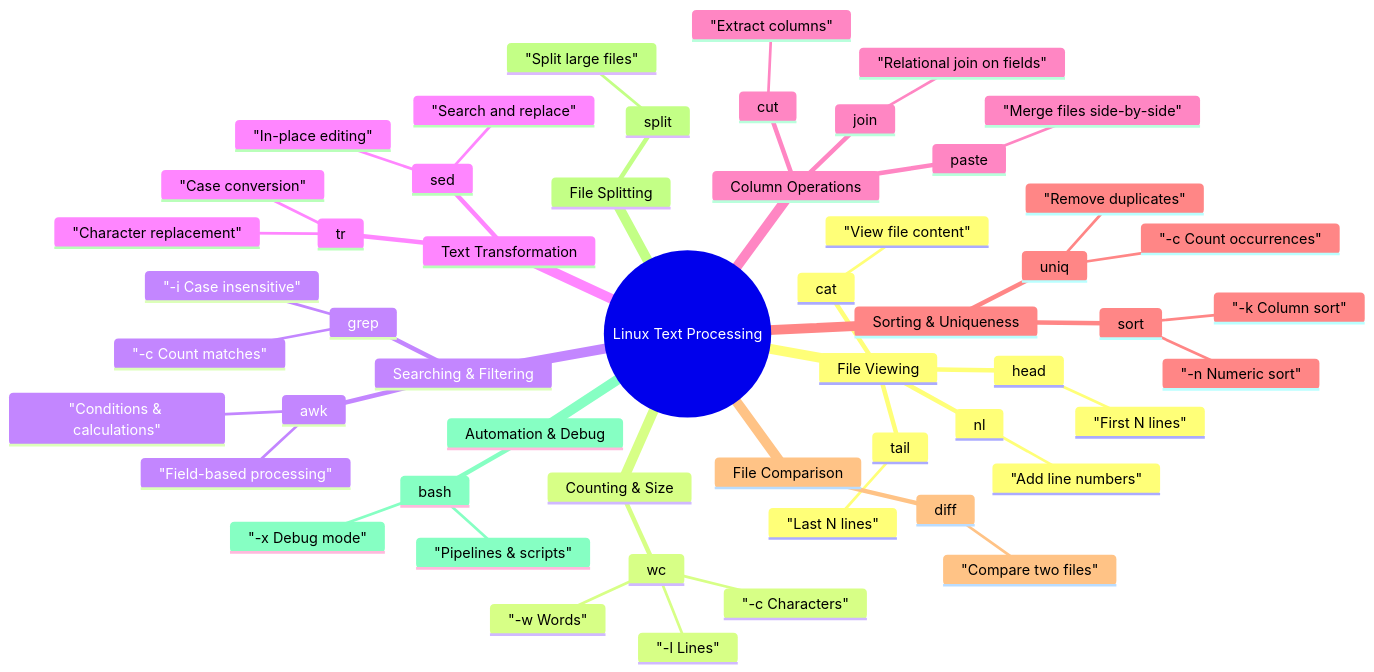
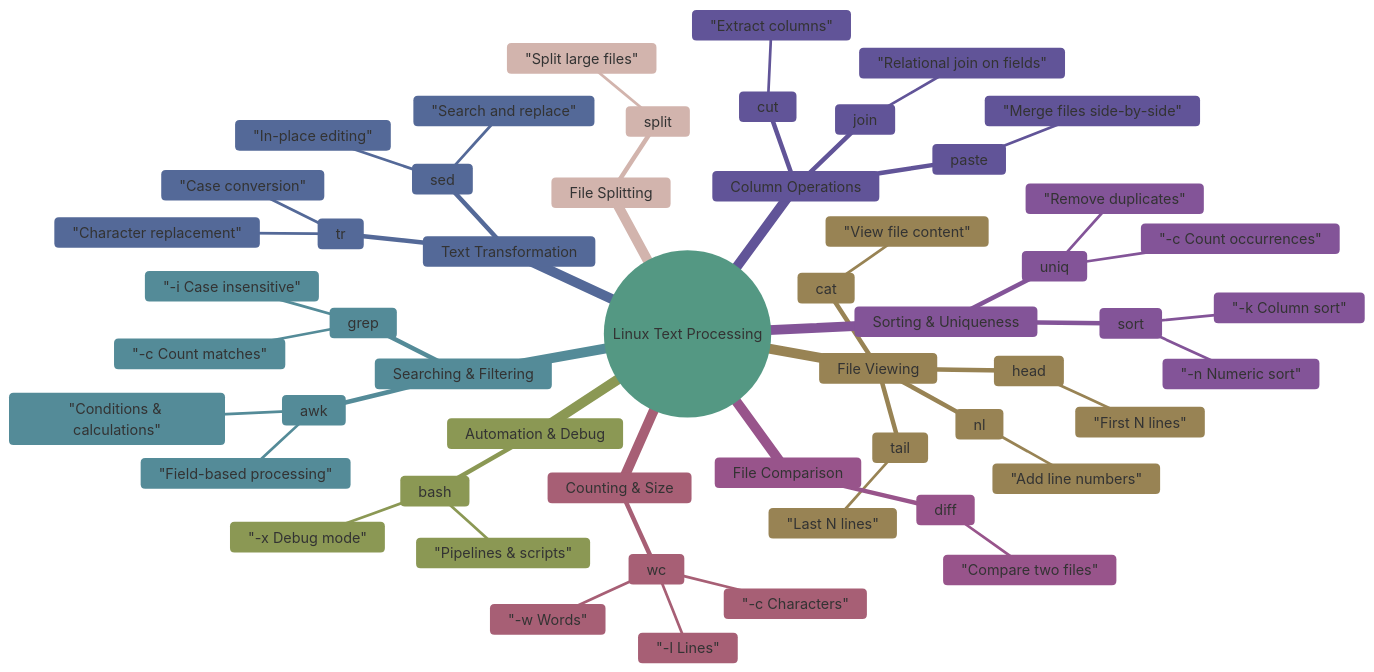
The diagram in 06-shell-scripting-basics/06.01-text_processing.md (arira-ai/ar_linux), drawn with Mermaid before and after one commit.

````diff
--- a/06-shell-scripting-basics/06.01-text_processing.md
+++ b/06-shell-scripting-basics/06.01-text_processing.md
@@ -7,64 +7,65 @@
 ```mermaid
+%%{init: {'theme': 'base', 'themeVariables': { 'primaryColor': '#a1cbbeff', 'primaryTextColor': '#333', 'primaryBorderColor': '#333', 'lineColor': '#aba0a0ff' }}}%%
 mindmap
   root((Linux Text Processing))
     File Viewing
       cat
         "View file content"
       nl
         "Add line numbers"
       head
         "First N lines"
       tail
         "Last N lines"
 
     Counting & Size
       wc
         "-l Lines"
         "-w Words"
         "-c Characters"
 
     Searching & Filtering
       grep
         "-i Case insensitive"
         "-c Count matches"
       awk
         "Field-based processing"
         "Conditions & calculations"
 
     Text Transformation
       sed
         "Search and replace"
         "In-place editing"
       tr
         "Case conversion"
         "Character replacement"
 
     Column Operations
       cut
         "Extract columns"
       paste
         "Merge files side-by-side"
       join
         "Relational join on fields"
 
     Sorting & Uniqueness
       sort
         "-n Numeric sort"
         "-k Column sort"
       uniq
         "Remove duplicates"
         "-c Count occurrences"
 
     File Comparison
       diff
         "Compare two files"
 
     File Splitting
       split
         "Split large files"
 
     Automation & Debug
       bash
         "-x Debug mode"
         "Pipelines & scripts"
 ```
````
